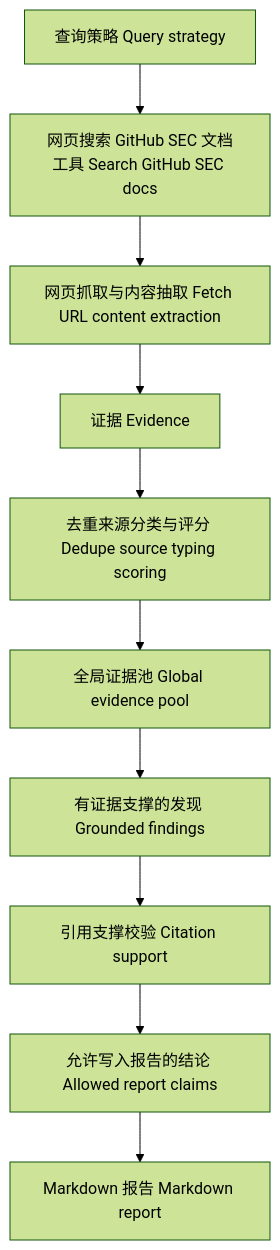
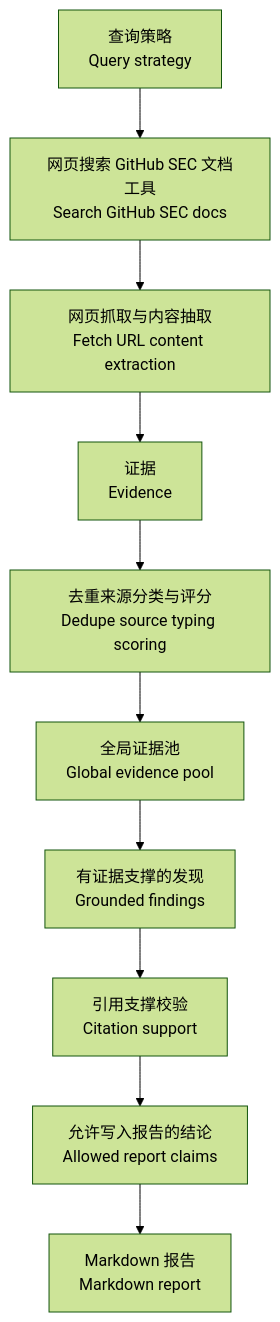
The third of 3 diagrams in README.md (Caser-86/InsightGraph), drawn with Mermaid (forest theme) before and after one commit. The commit also changed other lines of this file, not shown here.

Commit message:
docs: split bilingual flowchart labels

````diff
--- a/README.md
+++ b/README.md
@@ -121,12 +121,12 @@
 ```mermaid
 flowchart TB
-    Q["查询策略 Query strategy"] --> S["网页搜索 GitHub SEC 文档工具 Search GitHub SEC docs"]
-    S --> F["网页抓取与内容抽取 Fetch URL content extraction"]
-    F --> E["证据 Evidence"]
-    E --> D["去重来源分类与评分 Dedupe source typing scoring"]
-    D --> P["全局证据池 Global evidence pool"]
-    P --> A["有证据支撑的发现 Grounded findings"]
-    A --> C["引用支撑校验 Citation support"]
-    C --> R["允许写入报告的结论 Allowed report claims"]
-    R --> O["Markdown 报告 Markdown report"]
+    Q["查询策略<br/>Query strategy"] --> S["网页搜索 GitHub SEC 文档工具<br/>Search GitHub SEC docs"]
+    S --> F["网页抓取与内容抽取<br/>Fetch URL content extraction"]
+    F --> E["证据<br/>Evidence"]
+    E --> D["去重来源分类与评分<br/>Dedupe source typing scoring"]
+    D --> P["全局证据池<br/>Global evidence pool"]
+    P --> A["有证据支撑的发现<br/>Grounded findings"]
+    A --> C["引用支撑校验<br/>Citation support"]
+    C --> R["允许写入报告的结论<br/>Allowed report claims"]
+    R --> O["Markdown 报告<br/>Markdown report"]
 ```
````
